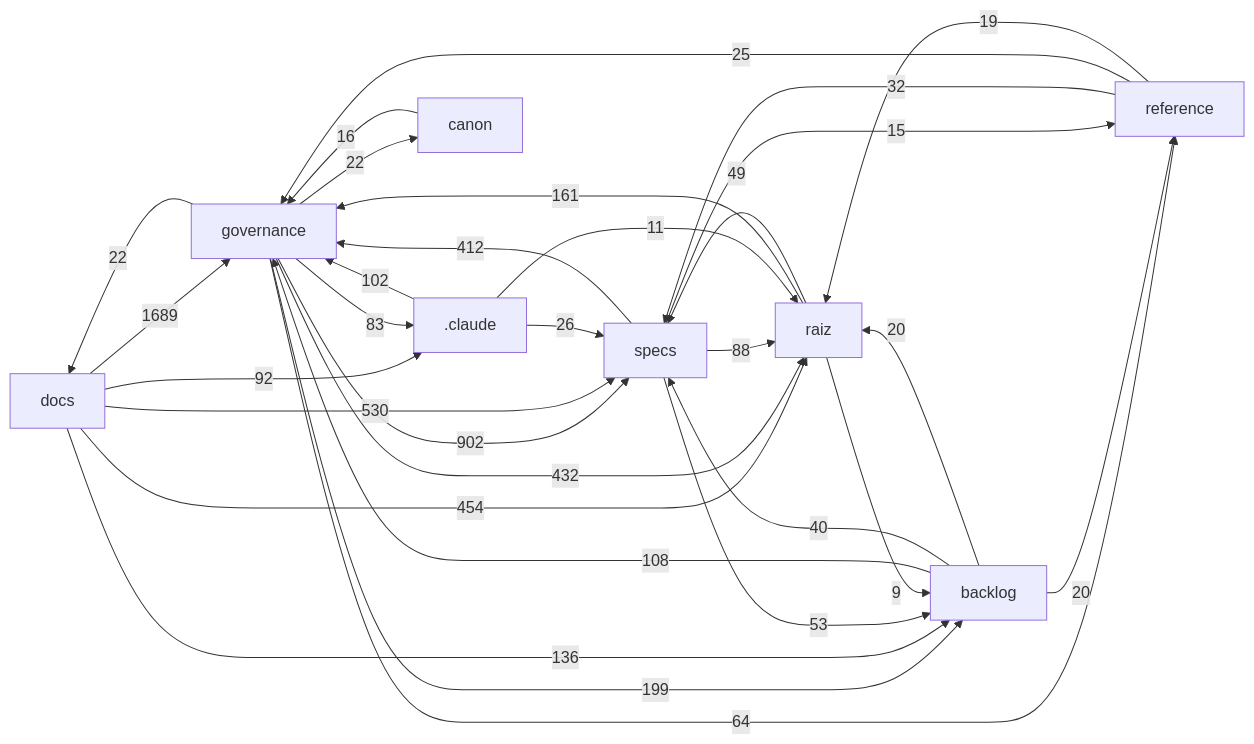
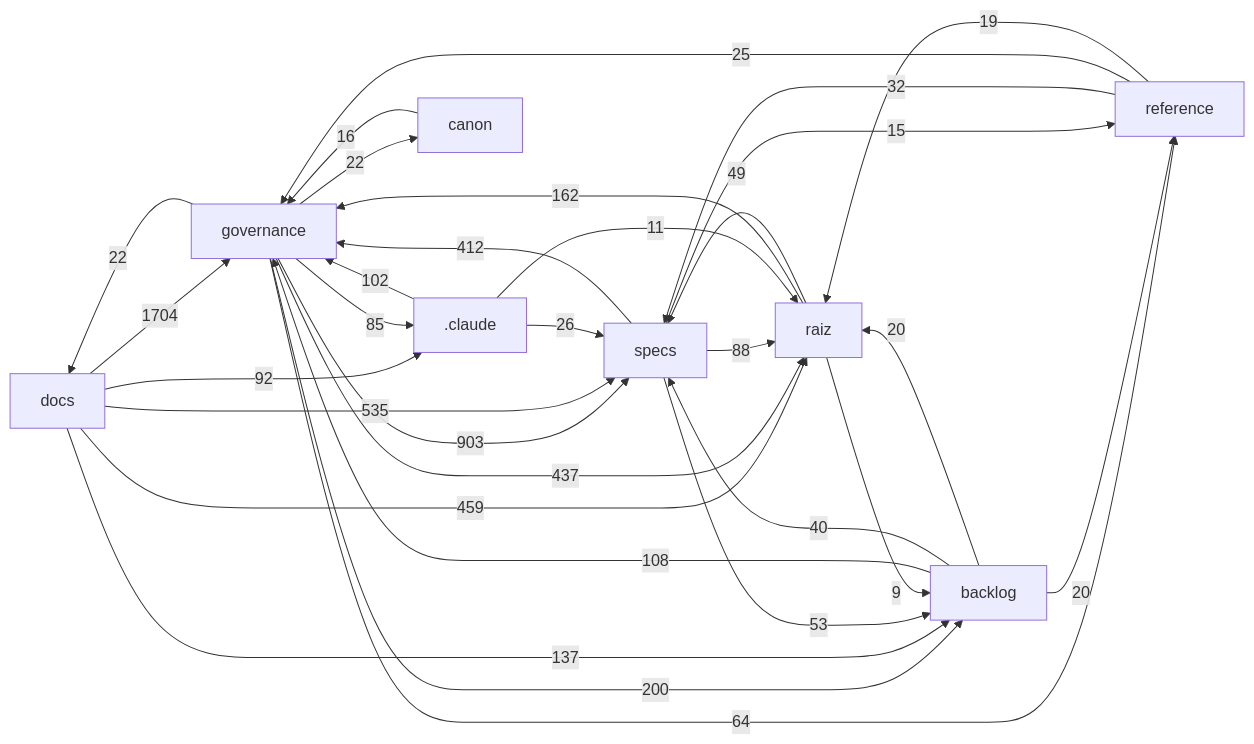
One commit to Andraus35/Sistema-Operacional-de-Trading--SOT changed the diagram in docs/mapa/MAPA-PROJETO.md. Above: the diagram before and after it, drawn with Mermaid. The commit also changed other lines of this file and 4 other files, not shown here.

````diff
--- a/docs/mapa/MAPA-PROJETO.md
+++ b/docs/mapa/MAPA-PROJETO.md
@@ -29,33 +29,33 @@
 ```mermaid
 flowchart LR
-  docs["docs"] -->|1689| governance["governance"]
-  governance["governance"] -->|902| specs["specs"]
-  docs["docs"] -->|530| specs["specs"]
-  docs["docs"] -->|454| raiz["raiz"]
-  governance["governance"] -->|432| raiz["raiz"]
+  docs["docs"] -->|1704| governance["governance"]
+  governance["governance"] -->|903| specs["specs"]
+  docs["docs"] -->|535| specs["specs"]
+  docs["docs"] -->|459| raiz["raiz"]
+  governance["governance"] -->|437| raiz["raiz"]
   specs["specs"] -->|412| governance["governance"]
-  governance["governance"] -->|199| backlog["backlog"]
-  raiz["raiz"] -->|161| governance["governance"]
-  docs["docs"] -->|136| backlog["backlog"]
+  governance["governance"] -->|200| backlog["backlog"]
+  raiz["raiz"] -->|162| governance["governance"]
+  docs["docs"] -->|137| backlog["backlog"]
   backlog["backlog"] -->|108| governance["governance"]
   _claude[".claude"] -->|102| governance["governance"]
   docs["docs"] -->|92| _claude[".claude"]
   specs["specs"] -->|88| raiz["raiz"]
-  governance["governance"] -->|83| _claude[".claude"]
+  governance["governance"] -->|85| _claude[".claude"]
   governance["governance"] -->|64| reference["reference"]
   specs["specs"] -->|53| backlog["backlog"]
   raiz["raiz"] -->|49| specs["specs"]
   backlog["backlog"] -->|40| specs["specs"]
   reference["reference"] -->|32| specs["specs"]
   _claude[".claude"] -->|26| specs["specs"]
   reference["reference"] -->|25| governance["governance"]
   governance["governance"] -->|22| docs["docs"]
   governance["governance"] -->|22| canon["canon"]
   backlog["backlog"] -->|20| raiz["raiz"]
   backlog["backlog"] -->|20| reference["reference"]
   reference["reference"] -->|19| raiz["raiz"]
   canon["canon"] -->|16| governance["governance"]
   specs["specs"] -->|15| reference["reference"]
   _claude[".claude"] -->|11| raiz["raiz"]
   raiz["raiz"] -->|9| backlog["backlog"]
 ```
````
